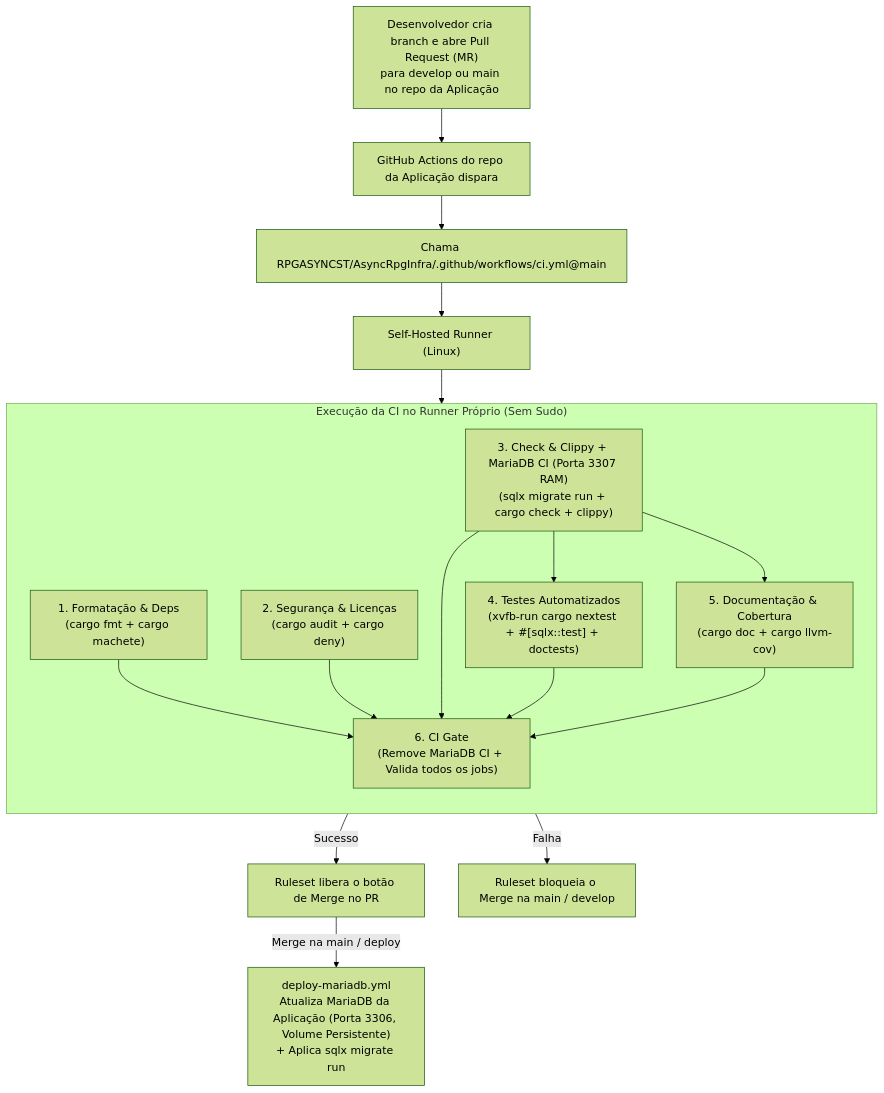
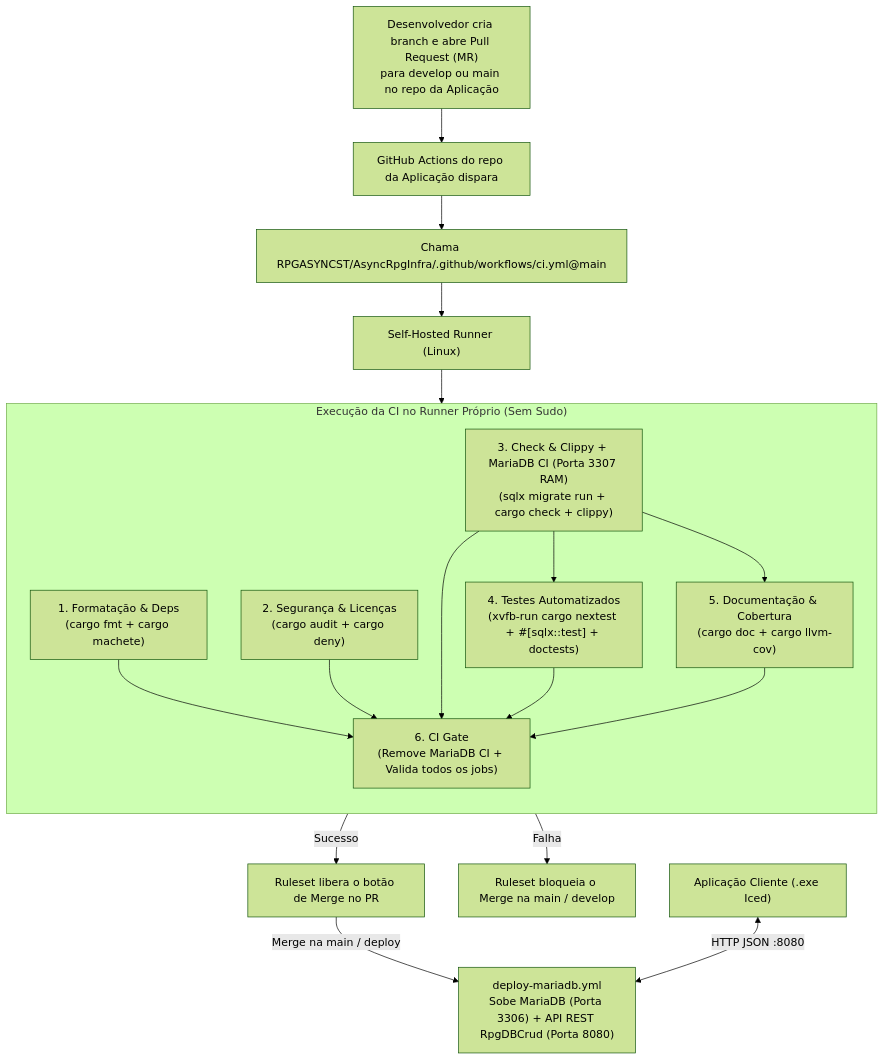
Before and after one commit to RPGASYNCST/AsyncRpgInfra: the diagram in README.md, drawn with Mermaid (forest theme). The commit also changed other lines of this file and 17 other files, not shown here.

Commit message:
Adicionado migrations e API REST para prevencao de vunerabilidades.

````diff
--- a/README.md
+++ b/README.md
@@ -11,29 +11,30 @@
 ```mermaid
 flowchart TD
     Dev["Desenvolvedor cria branch e abre Pull Request (MR)<br/>para develop ou main no repo da Aplicação"] --> Trigger["GitHub Actions do repo da Aplicação dispara"]
     Trigger --> Call["Chama RPGASYNCST/AsyncRpgInfra/.github/workflows/ci.yml@main"]
     Call --> Runner["Self-Hosted Runner (Linux)"]
 
     subgraph Pipeline ["Execução da CI no Runner Próprio (Sem Sudo)"]
         direction TB
         J1["1. Formatação & Deps<br/>(cargo fmt + cargo machete)"]
         J2["2. Segurança & Licenças<br/>(cargo audit + cargo deny)"]
         J3["3. Check & Clippy + MariaDB CI (Porta 3307 RAM)<br/>(sqlx migrate run + cargo check + clippy)"]
         J4["4. Testes Automatizados<br/>(xvfb-run cargo nextest + #[sqlx::test] + doctests)"]
         J5["5. Documentação & Cobertura<br/>(cargo doc + cargo llvm-cov)"]
         Gate["6. CI Gate<br/>(Remove MariaDB CI + Valida todos os jobs)"]
 
         J3 --> J4
         J3 --> J5
         J1 --> Gate
         J2 --> Gate
         J3 --> Gate
         J4 --> Gate
         J5 --> Gate
     end
 
     Runner --> Pipeline
     Gate -->|Sucesso| Merge["Ruleset libera o botão de Merge no PR"]
     Gate -->|Falha| Block["Ruleset bloqueia o Merge na main / develop"]
-    Merge -->|Merge na main / deploy| DeployDB["deploy-mariadb.yml<br/>Atualiza MariaDB da Aplicação (Porta 3306, Volume Persistente)<br/>+ Aplica sqlx migrate run"]
+    Merge -->|Merge na main / deploy| DeployDB["deploy-mariadb.yml<br/>Sobe MariaDB (Porta 3306) + API REST RpgDBCrud (Porta 8080)"]
+    Exe["Aplicação Cliente (.exe Iced)"] <-->|HTTP JSON :8080| DeployDB
 ```
````
